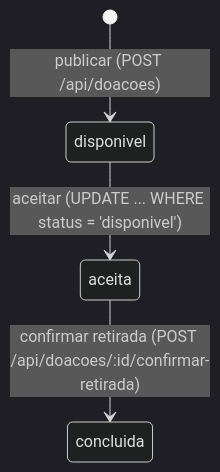
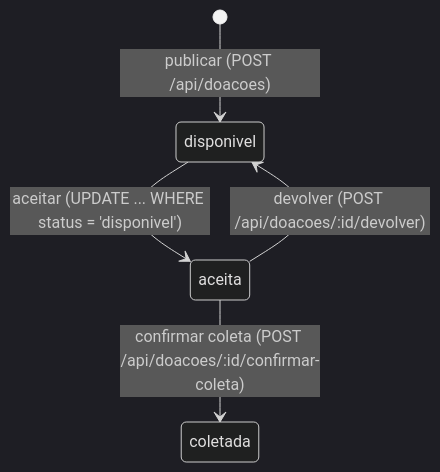
Before and after one commit to APD-Agil/g1126-template-prato-cheio: the second of 2 diagrams in docs/diagramas/dados.md, drawn with Mermaid (dark theme). The commit also changed other lines of this file, not shown here.

````diff
--- a/docs/diagramas/dados.md
+++ b/docs/diagramas/dados.md
@@ -26,6 +35,7 @@
 ```mermaid
 stateDiagram-v2
-    [*] --> disponivel: publicar (POST /api/doacoes)
-    disponivel --> aceita: aceitar (UPDATE ... WHERE status = 'disponivel')
-    aceita --> concluida: confirmar retirada (POST /api/doacoes/:id/confirmar-retirada)
+[*] --> disponivel: publicar (POST /api/doacoes)
+disponivel --> aceita: aceitar (UPDATE ... WHERE status = 'disponivel')
+aceita --> coletada: confirmar coleta (POST /api/doacoes/:id/confirmar-coleta)
+aceita --> disponivel: devolver (POST /api/doacoes/:id/devolver)
 ```
````
